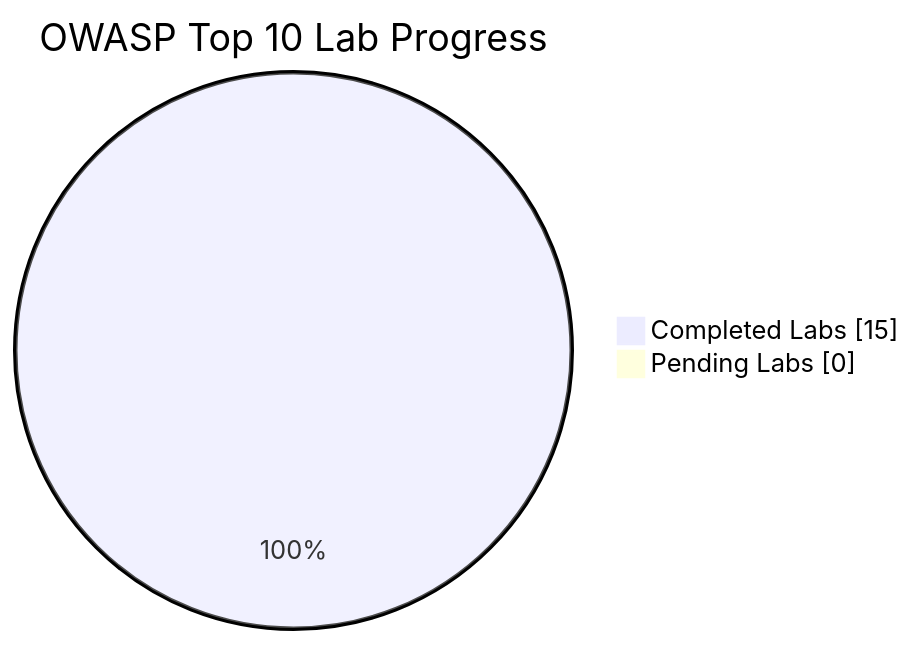
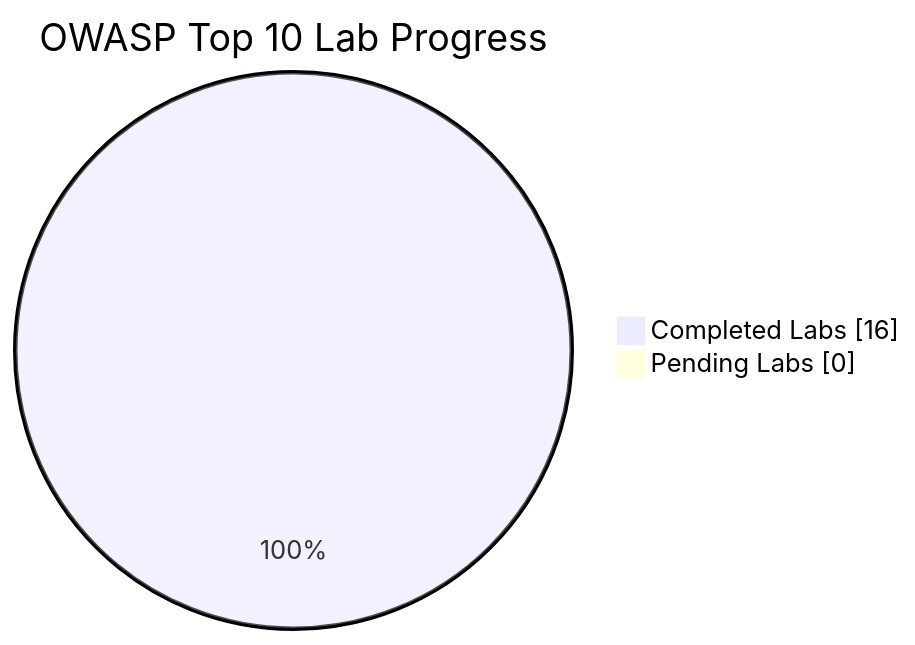
The diagram in README.md (Nish344/owasp-top10-web-security), drawn with Mermaid before and after one commit. The commit also changed other lines of this file and 1 other file, not shown here.

````diff
--- a/README.md
+++ b/README.md
@@ -12,6 +12,6 @@
 ```mermaid
 pie showData
   title OWASP Top 10 Lab Progress
-  "Completed Labs" : 15
+  "Completed Labs" : 16
   "Pending Labs" : 0
 ```
````
